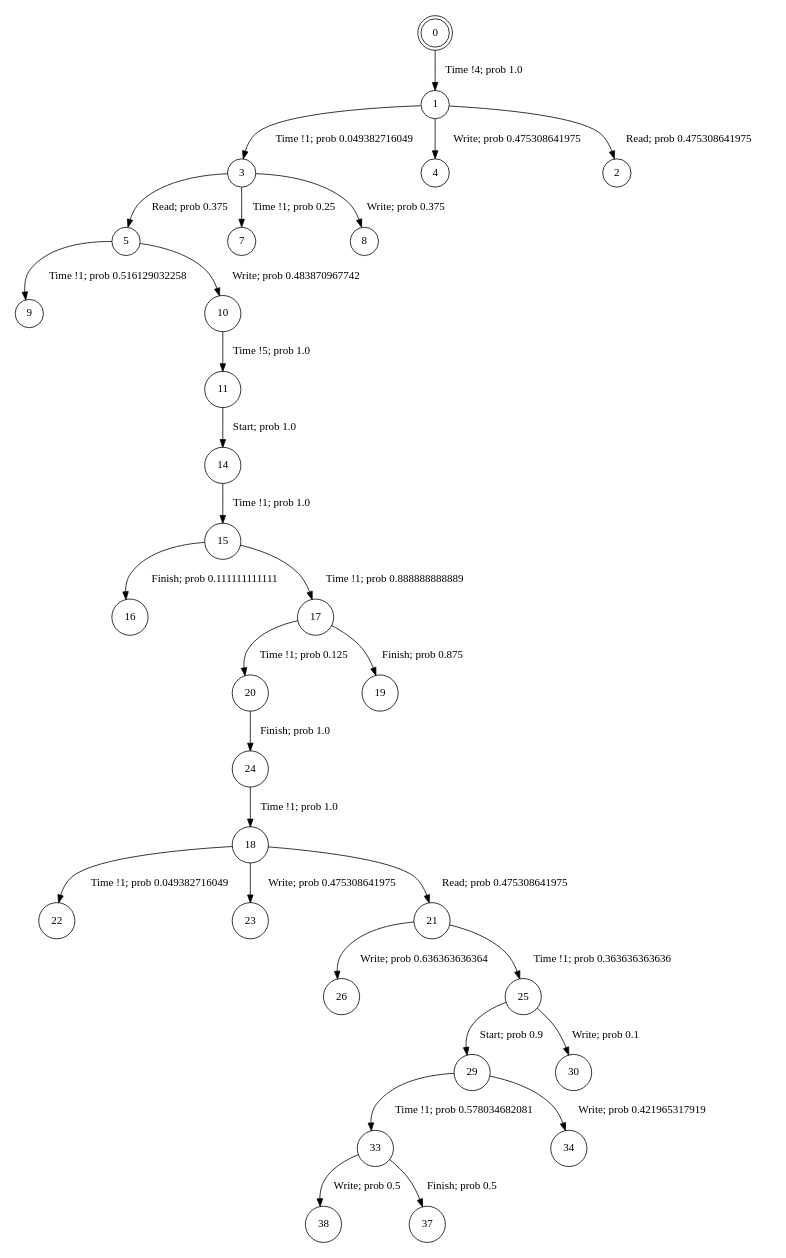
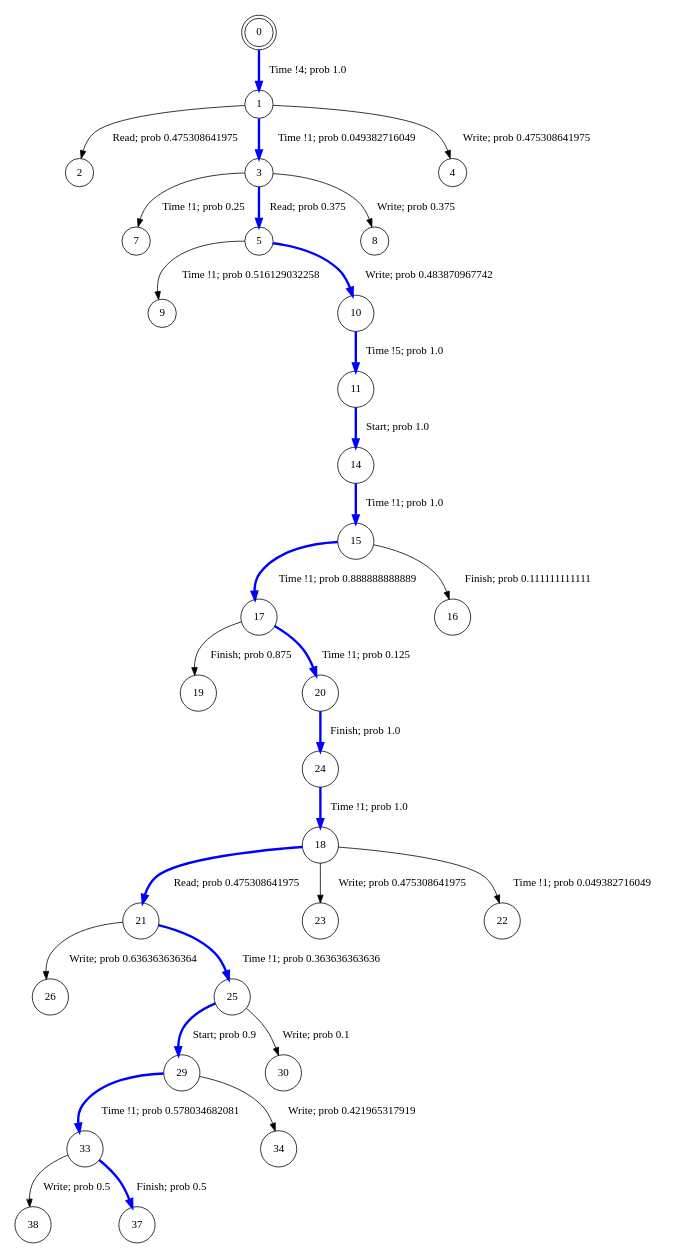
One commit to irmanfaqrizal/ptsv changed the diagram in state-space-analysis/experiments/results/tpts-golden-1.dot. Above: the diagram before and after it, drawn with Graphviz. The commit also changed 25 other files, not shown here.

```diff
--- a/state-space-analysis/experiments/results/tpts-golden-1.dot
+++ b/state-space-analysis/experiments/results/tpts-golden-1.dot
@@ -1,35 +1,35 @@
 digraph BCG {
 size = "7, 10.5";
 center = TRUE;
 node [shape = circle];
 0 [peripheries = 2];
-0 -> 1  [label = "Time !4; prob 1.0"];
-1 -> 3  [label = "Time !1; prob 0.049382716049"];
+0 -> 1  [label = "Time !4; prob 1.0", color = "blue", penwidth=3];
+1 -> 2  [label = "Read; prob 0.475308641975"];
+1 -> 3  [label = "Time !1; prob 0.049382716049", color = "blue", penwidth=3];
 1 -> 4  [label = "Write; prob 0.475308641975"];
-1 -> 2  [label = "Read; prob 0.475308641975"];
 33 -> 38  [label = "Write; prob 0.5"];
-33 -> 37  [label = "Finish; prob 0.5"];
-3 -> 5  [label = "Read; prob 0.375"];
+33 -> 37  [label = "Finish; prob 0.5", color = "blue", penwidth=3];
 3 -> 7  [label = "Time !1; prob 0.25"];
+3 -> 5  [label = "Read; prob 0.375", color = "blue", penwidth=3];
 3 -> 8  [label = "Write; prob 0.375"];
 5 -> 9  [label = "Time !1; prob 0.516129032258"];
-5 -> 10  [label = "Write; prob 0.483870967742"];
-10 -> 11  [label = "Time !5; prob 1.0"];
-11 -> 14  [label = "Start; prob 1.0"];
-14 -> 15  [label = "Time !1; prob 1.0"];
+5 -> 10  [label = "Write; prob 0.483870967742", color = "blue", penwidth=3];
+10 -> 11  [label = "Time !5; prob 1.0", color = "blue", penwidth=3];
+11 -> 14  [label = "Start; prob 1.0", color = "blue", penwidth=3];
+14 -> 15  [label = "Time !1; prob 1.0", color = "blue", penwidth=3];
+15 -> 17  [label = "Time !1; prob 0.888888888889", color = "blue", penwidth=3];
 15 -> 16  [label = "Finish; prob 0.111111111111"];
-15 -> 17  [label = "Time !1; prob 0.888888888889"];
-17 -> 20  [label = "Time !1; prob 0.125"];
 17 -> 19  [label = "Finish; prob 0.875"];
+17 -> 20  [label = "Time !1; prob 0.125", color = "blue", penwidth=3];
+18 -> 21  [label = "Read; prob 0.475308641975", color = "blue", penwidth=3];
+18 -> 23  [label = "Write; prob 0.475308641975"];
 18 -> 22  [label = "Time !1; prob 0.049382716049"];
-18 -> 23  [label = "Write; prob 0.475308641975"];
-18 -> 21  [label = "Read; prob 0.475308641975"];
-20 -> 24  [label = "Finish; prob 1.0"];
+20 -> 24  [label = "Finish; prob 1.0", color = "blue", penwidth=3];
 21 -> 26  [label = "Write; prob 0.636363636364"];
-21 -> 25  [label = "Time !1; prob 0.363636363636"];
-24 -> 18  [label = "Time !1; prob 1.0"];
-25 -> 29  [label = "Start; prob 0.9"];
+21 -> 25  [label = "Time !1; prob 0.363636363636", color = "blue", penwidth=3];
+24 -> 18  [label = "Time !1; prob 1.0", color = "blue", penwidth=3];
+25 -> 29  [label = "Start; prob 0.9", color = "blue", penwidth=3];
 25 -> 30  [label = "Write; prob 0.1"];
-29 -> 33  [label = "Time !1; prob 0.578034682081"];
 29 -> 34  [label = "Write; prob 0.421965317919"];
+29 -> 33  [label = "Time !1; prob 0.578034682081", color = "blue", penwidth=3];
 }
```
